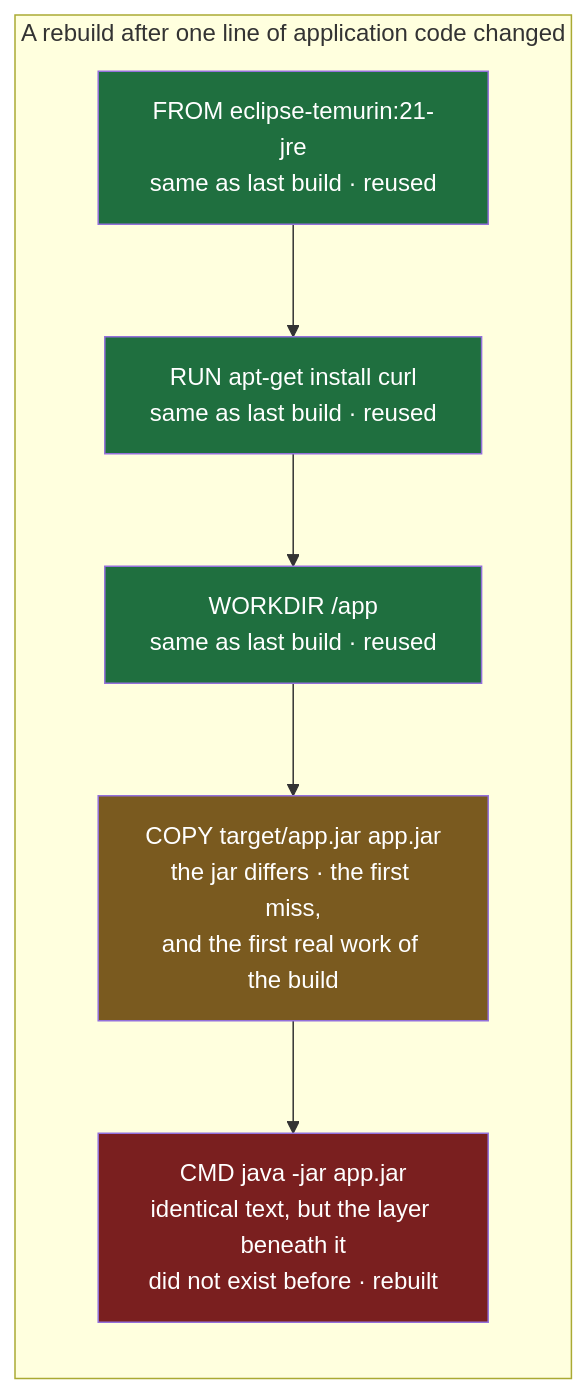
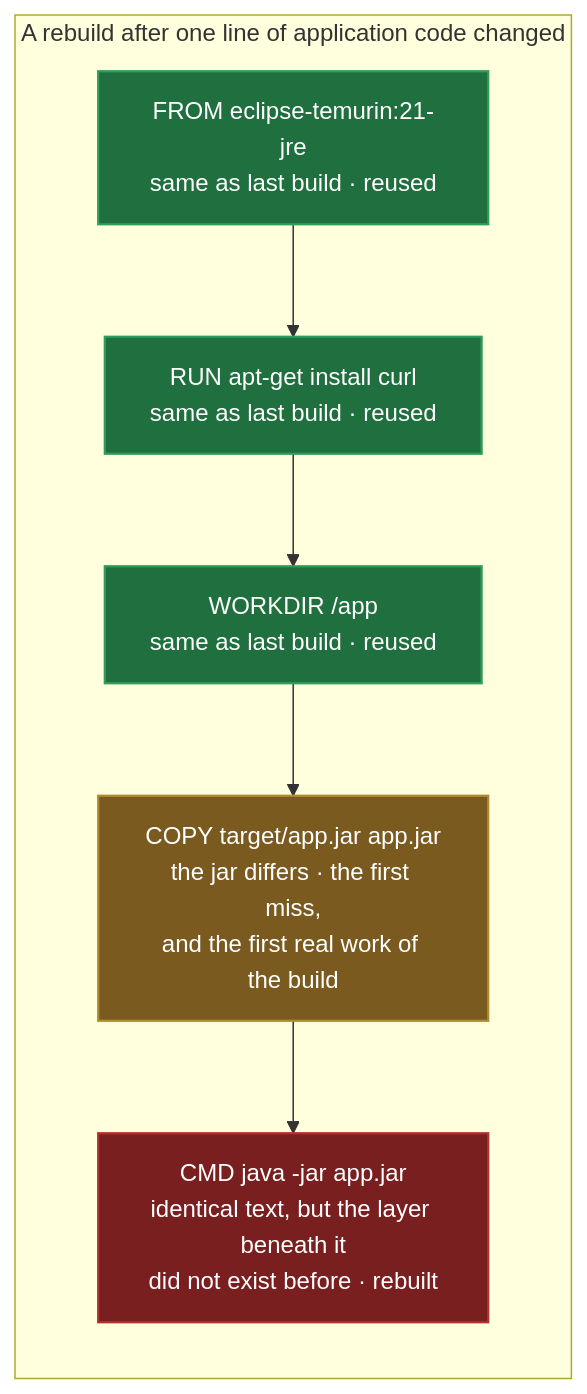
One commit to Dummy-Bug/system-design-handbook changed the fifth of 5 diagrams in Devops/07-Docker/03-The-Dockerfile.md. Above: the diagram before and after it, drawn with Mermaid. The commit also changed other lines of this file and 5 other files, not shown here.

````diff
--- a/Devops/07-Docker/03-The-Dockerfile.md
+++ b/Devops/07-Docker/03-The-Dockerfile.md
@@ -256,15 +256,16 @@
 ```mermaid
 flowchart TB
     subgraph RB["A rebuild after one line of application code changed"]
         direction TB
         F["FROM eclipse-temurin:21-jre<br/>same as last build · reused"] --> R["RUN apt-get install curl<br/>same as last build · reused"]
         R --> W["WORKDIR /app<br/>same as last build · reused"]
         W --> C["COPY target/app.jar app.jar<br/>the jar differs · the first miss,<br/>and the first real work of the build"]
         C --> M["CMD java -jar app.jar<br/>identical text, but the layer beneath it<br/>did not exist before · rebuilt"]
     end
-    style F fill:#1f6f3f,color:#fff
-    style R fill:#1f6f3f,color:#fff
-    style W fill:#1f6f3f,color:#fff
-    style C fill:#7a5a1f,color:#fff
-    style M fill:#7a1f1f,color:#fff
+    classDef good fill:#1f6f3f,stroke:#2e9c5a,stroke-width:1.5px,color:#fff
+    classDef broken fill:#7a1f1f,stroke:#b03030,stroke-width:1.5px,color:#fff
+    classDef step fill:#7a5a1f,stroke:#b08a2e,stroke-width:1.5px,color:#fff
+    class F,R,W good
+    class M broken
+    class C step
 ```
````
